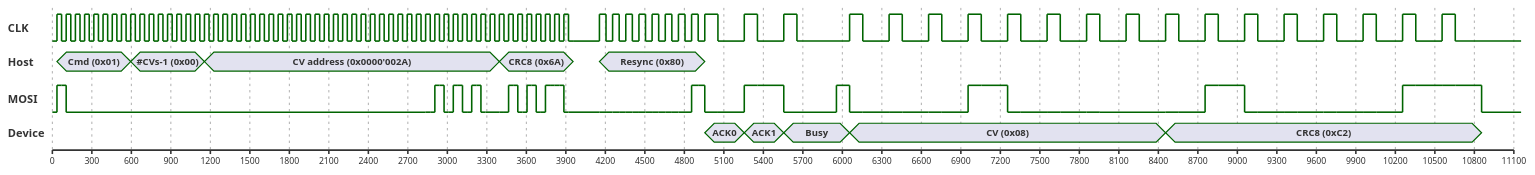
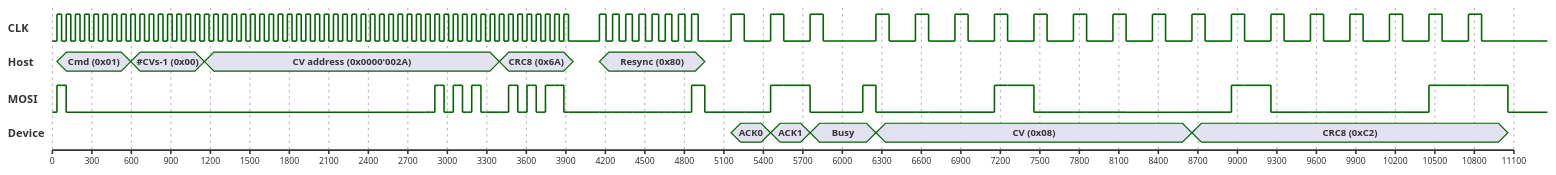
One commit to ZIMO-Elektronik/ZUSI changed the diagram in data/transmission.pu. Above: the diagram before and after it, drawn with PlantUML. The commit also changed 4 other files, not shown here.

Commit message:
fix: add delay after resync (#16)

```diff
--- a/data/transmission.pu
+++ b/data/transmission.pu
@@ -138,7 +138,7 @@
 +35 is high
 +35 is low
 
-' Small delay prior to resync
+' Small delay before resync
 3955 is low
 +200 is low
 
@@ -160,20 +160,24 @@
 +50 is high
 +50 is low
 
+' Small delay after resync
+4955 is low
++200 is low
+
 ' ACK valid
-4955 is high
+5155 is high
 +100 is low
 
 ' ACK
-5255 is high
+5455 is high
 +100 is low
 
 ' Busy
-5555 is high
+5755 is high
 +100 is low
 
 ' CV
-6055 is high
+6255 is high
 +100 is low
 +200 is high
 +100 is low
@@ -191,7 +195,7 @@
 +100 is low
 
 ' CRC8
-8455 is high
+8655 is high
 +100 is low
 +200 is high
 +100 is low
@@ -281,19 +285,19 @@
 +50 is low
 
 ' ACK valid
-4955 is low
+5155 is low
 +100 is low
 
 ' ACK
-5255 is high
+5455 is high
 +100 is high
 
 ' Busy
-5555 is low
+5755 is low
 +400 is high
 
 ' CV
-6055 is low
+6255 is low
 +100 is low
 +200 is low
 +100 is low
@@ -309,7 +313,7 @@
 +100 is low
 
 ' CRC8
-8455 is low
+8655 is low
 +100 is low
 +200 is high
 +100 is high
@@ -329,11 +333,11 @@
 
 @TX
 0 is {hidden}
-4955 is ACK0
-5255 is ACK1
-5555 is Busy
-6055 is "CV (0x08)"
-8455 is "CRC8 (0xC2)"
-10855 is {hidden}
+5155 is ACK0
+5455 is ACK1
+5755 is Busy
+6255 is "CV (0x08)"
+8655 is "CRC8 (0xC2)"
+11055 is {hidden}
 
 @enduml
```
